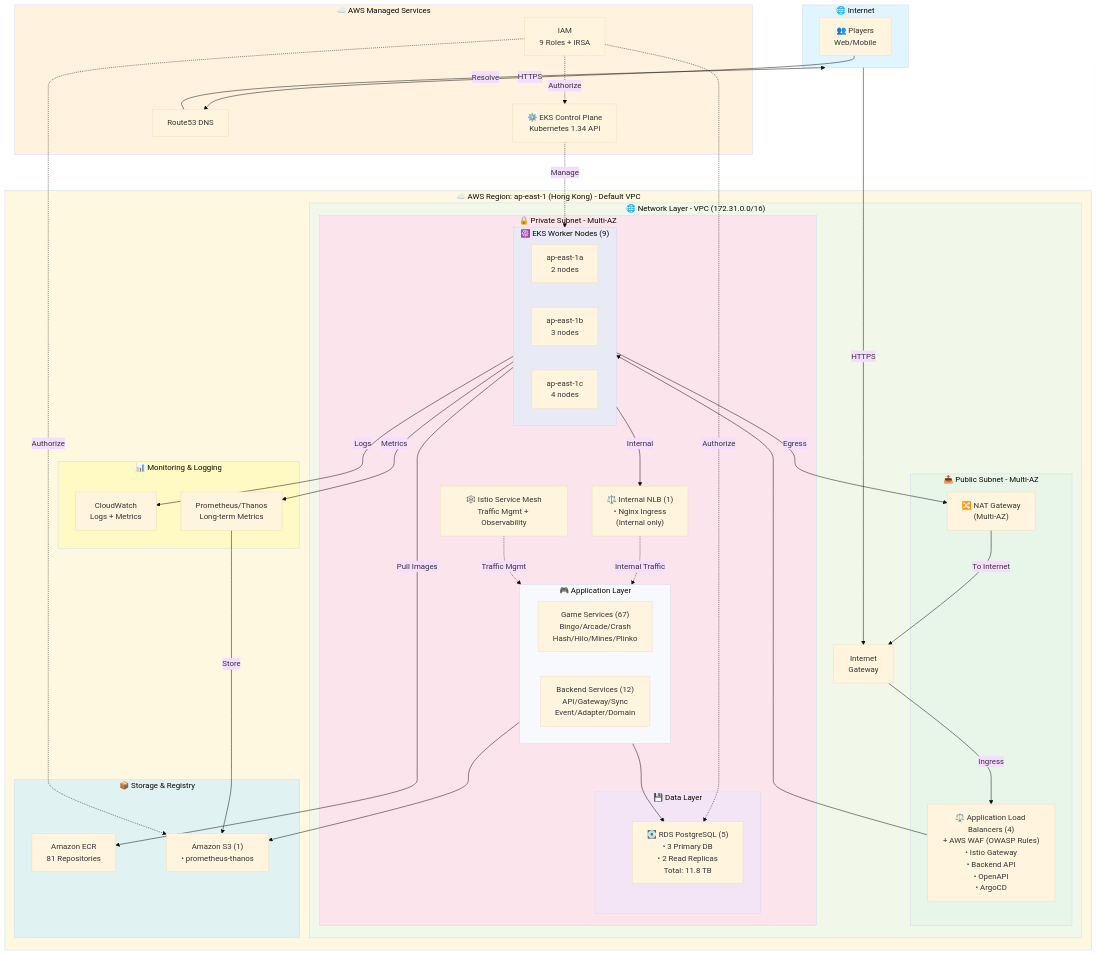
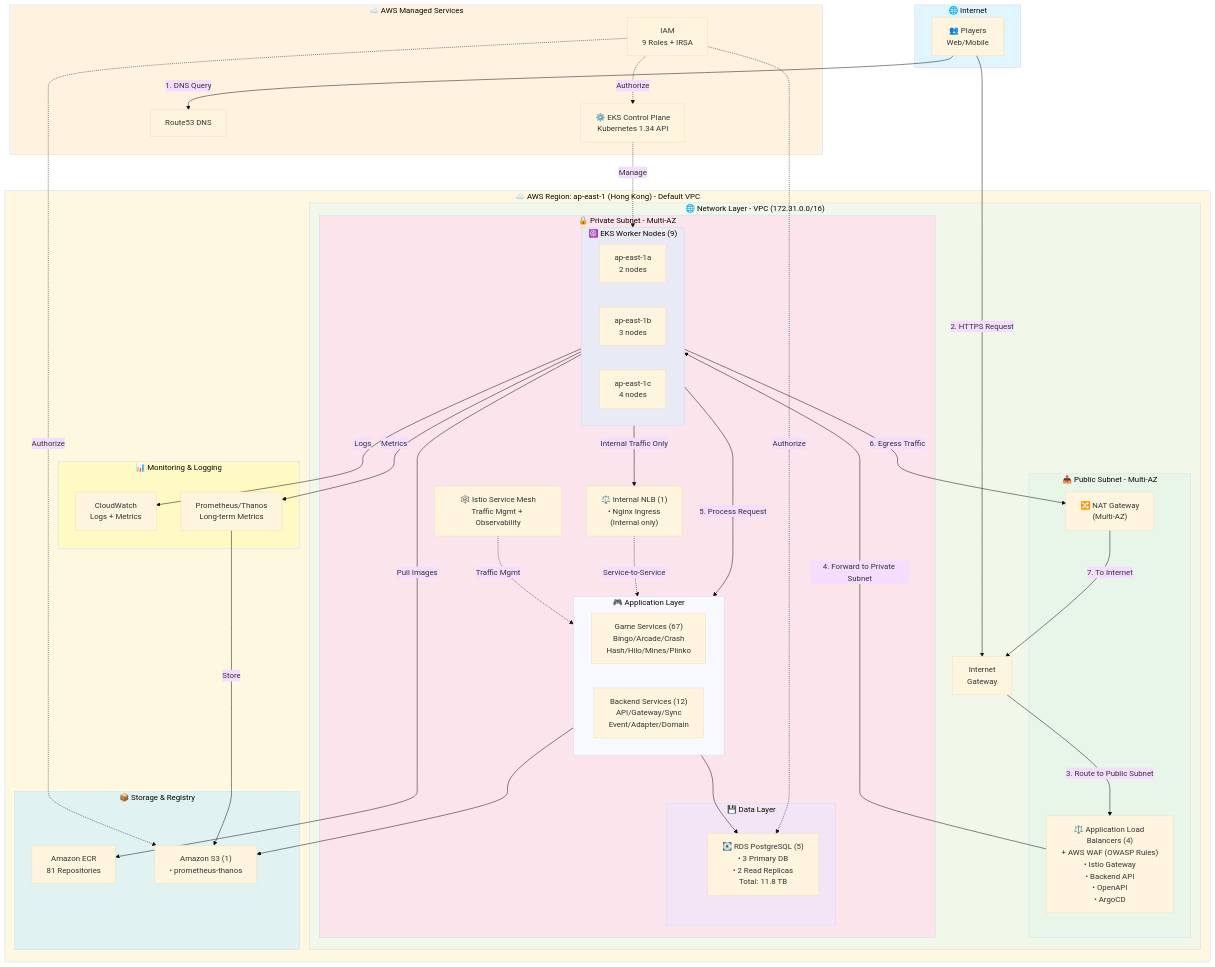
The first of 3 diagrams in docs/AWS_PRODUCTION_ARCHITECTURE.md (lonelyhsu88/aws-eks), drawn with Mermaid (base theme) before and after one commit. The commit also changed other lines of this file, not shown here.

First paragraph of the commit message:
docs(aws-eks): fix ingress/egress traffic flow separation and restore title
Correct the traffic flow diagram to clearly separate ingress (external
incoming) and egress (internal outbound) paths, fixing the misconception
that external traffic routes through NAT Gateway.

```diff
--- a/docs/AWS_PRODUCTION_ARCHITECTURE.md
+++ b/docs/AWS_PRODUCTION_ARCHITECTURE.md
@@ -79,28 +79,36 @@
         end
     end
 
-    Users -->|HTTPS| DNS
-    DNS -->|Resolve| Internet
-    Internet -->|HTTPS| IGW
-    IGW -->|Ingress| ALB
-    ALB --> Nodes
+    %% Ingress Traffic Flow (外部進入)
+    Users -->|1. DNS Query| DNS
+    Users -->|2. HTTPS Request| IGW
+    IGW -->|3. Route to Public Subnet| ALB
+    ALB -->|4. Forward to Private Subnet| Nodes
+    Nodes -->|5. Process Request| Apps
 
-    Nodes -->|Internal| NLB
-    NLB -.Internal Traffic.-> Apps
+    %% Internal Service Communication (內部服務通訊)
+    Nodes -->|Internal Traffic Only| NLB
+    NLB -.Service-to-Service.-> Apps
 
+    %% Egress Traffic Flow (內部出站)
+    Nodes -->|6. Egress Traffic| NAT
+    NAT -->|7. To Internet| IGW
+
+    %% AWS Managed Services Interaction
     ControlPlane -.Manage.-> Nodes
     ServiceMesh -.Traffic Mgmt.-> Apps
+
+    %% Data Layer
     Apps --> RDS
     Apps --> S3
     Nodes -->|Pull Images| ECR
 
-    Nodes -->|Egress| NAT
-    NAT -->|To Internet| IGW
-
+    %% Monitoring
     Nodes -->|Logs| CloudWatch
     Nodes -->|Metrics| Prometheus
     Prometheus -->|Store| S3
 
+    %% IAM Authorization
     IAM -.Authorize.-> ControlPlane
     IAM -.Authorize.-> RDS
     IAM -.Authorize.-> S3
```
